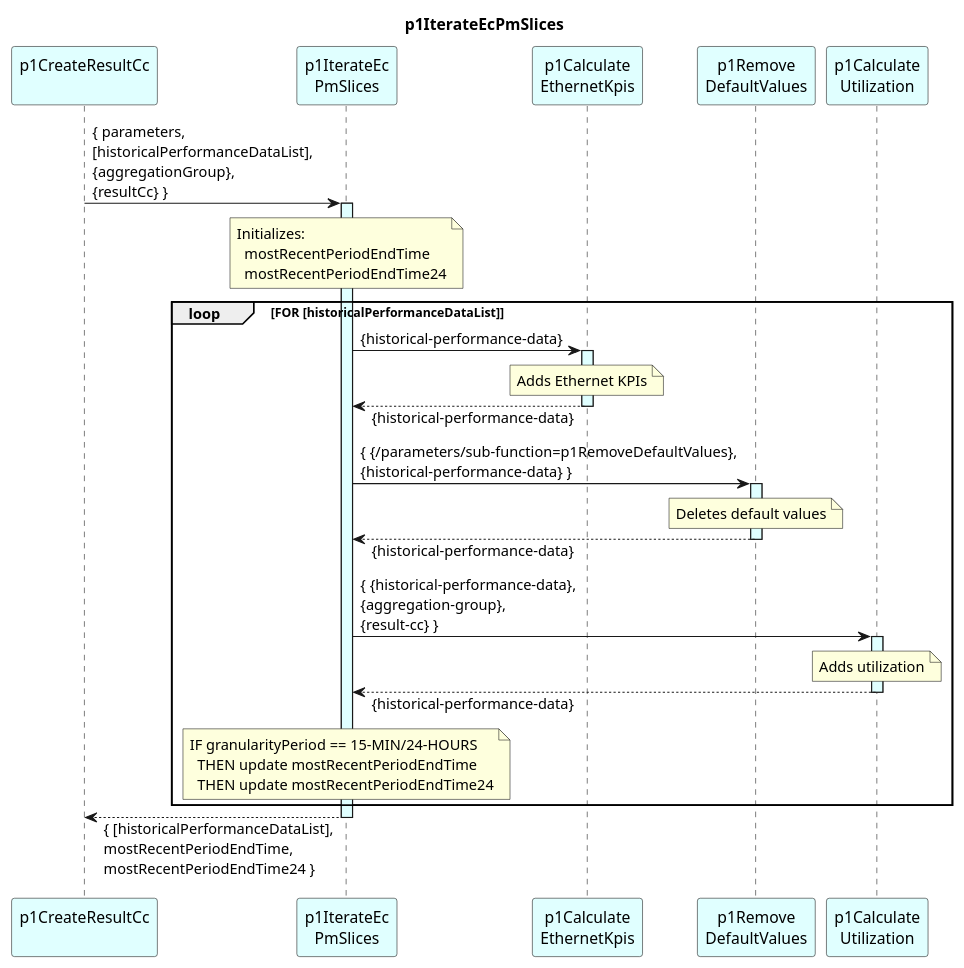
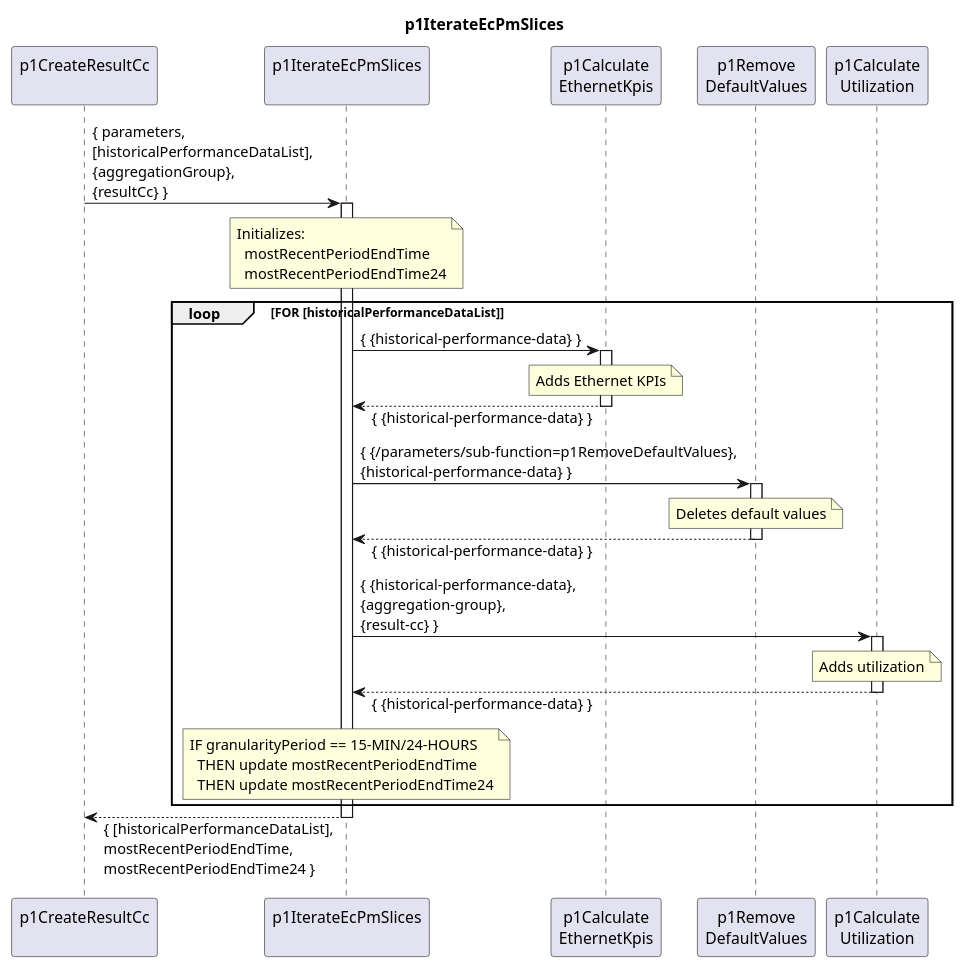
The diagram in spec/Functions/p1StreamPmData/p1ProcessDevice/p1CreateResultCc/p1IterateEcPmSlices/1.0.0/p1IterateEcPmSlices.plantuml (openBackhaul/DevicePerformanceManagementDataProcessor), drawn with PlantUML before and after one commit. The commit also changed 6 other files, not shown here.

Commit message:
Recollor p1IterateEcPmSlices

```diff
--- a/spec/Functions/p1StreamPmData/p1ProcessDevice/p1CreateResultCc/p1IterateEcPmSlices/1.0.0/p1IterateEcPmSlices.plantuml
+++ b/spec/Functions/p1StreamPmData/p1ProcessDevice/p1CreateResultCc/p1IterateEcPmSlices/1.0.0/p1IterateEcPmSlices.plantuml
@@ -1,64 +1,64 @@
 @startuml p1IterateEcPmSlices
 skinparam responseMessageBelowArrow true
 
 title
   p1IterateEcPmSlices
 end title
 
-participant "p1CreateResultCc\n" as cur #LightCyan
+participant "p1CreateResultCc\n" as cur
 
-participant "p1IterateEc\nPmSlices" as iterateSlices #LightCyan
-participant "p1Calculate\nEthernetKpis" as intCC #LightCyan
-participant "p1Remove\nDefaultValues" as p1RemDefault #LightCyan
-participant "p1Calculate\nUtilization" as p1CalcUtil #LightCyan
+participant "p1IterateEcPmSlices\n" as iterateSlices
+participant "p1Calculate\nEthernetKpis" as intCC
+participant "p1Remove\nDefaultValues" as p1RemDefault
+participant "p1Calculate\nUtilization" as p1CalcUtil
 
 
 cur -> iterateSlices : { parameters,\n[historicalPerformanceDataList],\n{aggregationGroup},\n{resultCc} }
-activate iterateSlices #LightCyan
+activate iterateSlices
 
   note over iterateSlices
     Initializes:
       mostRecentPeriodEndTime
       mostRecentPeriodEndTime24
   end note
 
   loop FOR [historicalPerformanceDataList]
 
-    iterateSlices -> intCC : {historical-performance-data}
-    activate intCC #LightCyan
+    iterateSlices -> intCC : { {historical-performance-data} }
+    activate intCC
       note over intCC
         Adds Ethernet KPIs
       end note
-    iterateSlices <-- intCC: {historical-performance-data}
+    iterateSlices <-- intCC: { {historical-performance-data} }
     deactivate intCC
 
     iterateSlices -> p1RemDefault : { {/parameters/sub-function=p1RemoveDefaultValues},\n{historical-performance-data} }
-    activate p1RemDefault #LightCyan
+    activate p1RemDefault
       note over p1RemDefault
         Deletes default values
       end note
-    iterateSlices <-- p1RemDefault: {historical-performance-data}
+    iterateSlices <-- p1RemDefault: { {historical-performance-data} }
     deactivate p1RemDefault
 
     iterateSlices -> p1CalcUtil : { {historical-performance-data},\n{aggregation-group},\n{result-cc} }
-    activate p1CalcUtil #LightCyan
+    activate p1CalcUtil
       note over p1CalcUtil
         Adds utilization
       end note
-    iterateSlices <-- p1CalcUtil: {historical-performance-data}
+    iterateSlices <-- p1CalcUtil: { {historical-performance-data} }
     deactivate p1CalcUtil
 
     note over iterateSlices
       IF granularityPeriod == 15-MIN/24-HOURS
         THEN update mostRecentPeriodEndTime
         THEN update mostRecentPeriodEndTime24
     end note
 
   end loop
 
 cur <-- iterateSlices : { [historicalPerformanceDataList],\nmostRecentPeriodEndTime,\nmostRecentPeriodEndTime24 }
 deactivate iterateSlices
 
 deactivate cur
 
 @enduml
```
